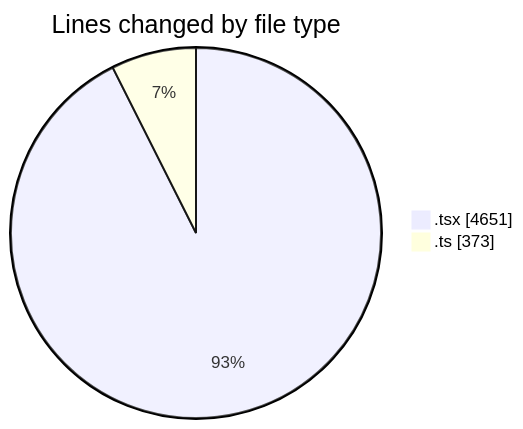
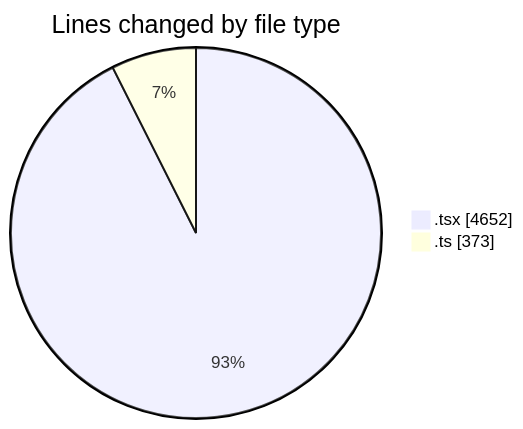
The first of 2 diagrams in 2026-03-15/nxtqube_webapp/README.md (nxtqubesakshisongat/code-tracking), drawn with Mermaid before and after one commit. The commit also changed other lines of this file and 1 other file, not shown here.

````diff
--- a/2026-03-15/nxtqube_webapp/README.md
+++ b/2026-03-15/nxtqube_webapp/README.md
@@ -25,6 +25,6 @@
 ```mermaid
 pie showData
 title Lines changed by file type
-".tsx" : 4651
+".tsx" : 4652
 ".ts" : 373
 ```
````
